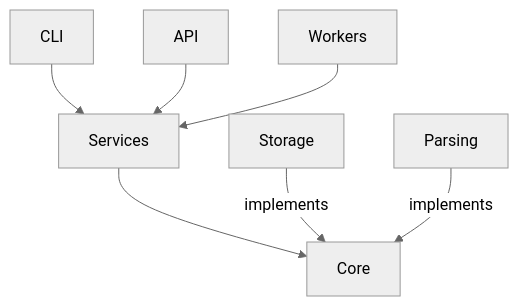
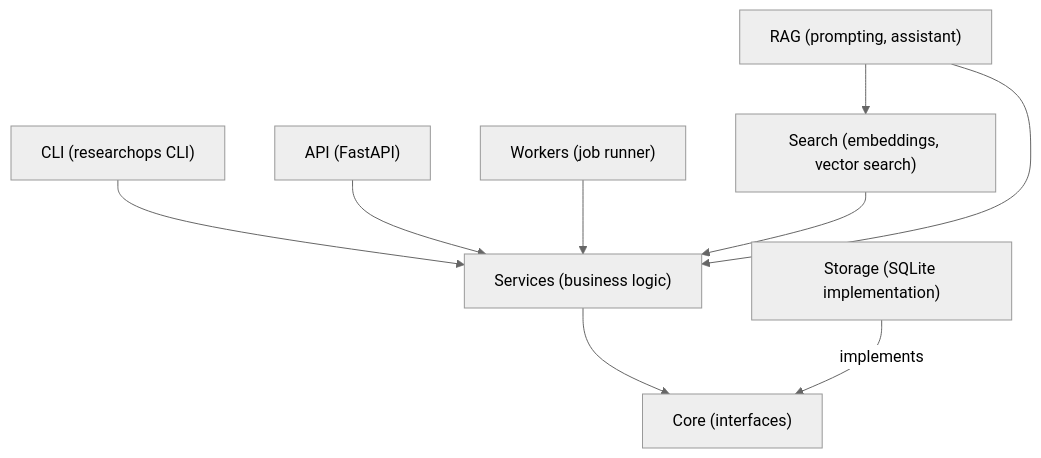
One commit to Raj-Indra-Asura/researchops_python_mastery changed the first of 3 diagrams in curriculum/month-05-production-portfolio/week-19-documentation-portfolio-polish/notes.md. Above: the diagram before and after it, drawn with Mermaid (neutral theme). The commit also changed other lines of this file and 5 other files, not shown here.

````diff
--- a/curriculum/month-05-production-portfolio/week-19-documentation-portfolio-polish/notes.md
+++ b/curriculum/month-05-production-portfolio/week-19-documentation-portfolio-polish/notes.md
@@ -23,9 +211,20 @@
 ```mermaid
 graph TD
+    CLI["CLI (researchops CLI)"]
+    API["API (FastAPI)"]
+    Workers["Workers (job runner)"]
+    Services["Services (business logic)"]
+    Core["Core (interfaces)"]
+    Storage["Storage (SQLite implementation)"]
+    Search["Search (embeddings, vector search)"]
+    RAG["RAG (prompting, assistant)"]
+
     CLI --> Services
     API --> Services
     Workers --> Services
     Services --> Core
     Storage -->|implements| Core
-    Parsing -->|implements| Core
+    Search --> Services
+    RAG --> Search
+    RAG --> Services
 ```
````
